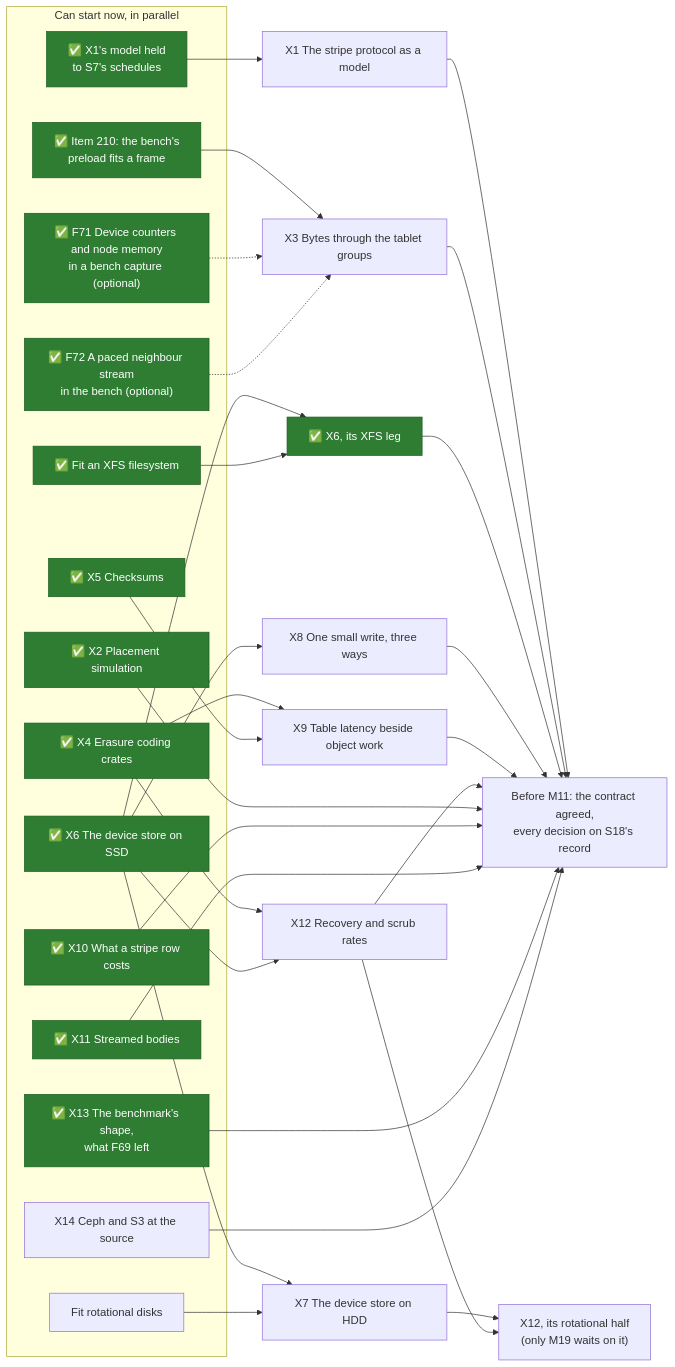
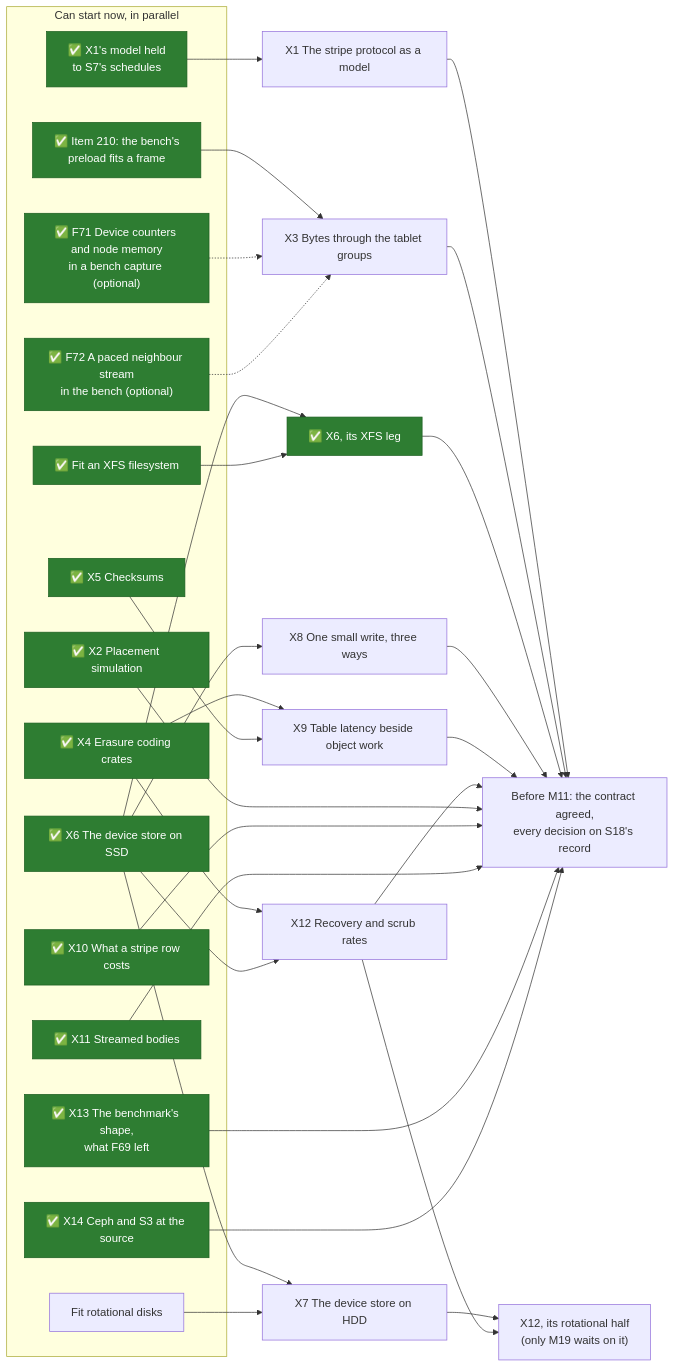
One commit to mjcarson/shoal changed the first of 2 diagrams in docs/src/object-storage/whats-left-todo.md. Above: the diagram before and after it, drawn with Mermaid. The commit also changed other lines of this file and 38 other files, not shown here.

````diff
--- a/docs/src/object-storage/whats-left-todo.md
+++ b/docs/src/object-storage/whats-left-todo.md
@@ -28,56 +28,56 @@
 ```mermaid
 flowchart LR
     classDef done fill:#2e7d32,stroke:#1b5e20,color:#ffffff
     classDef optional stroke-dasharray: 5 5
     subgraph now["Can start now, in parallel"]
         R1["✅ X1's model held<br>to S7's schedules"]:::done
         R2["✅ Item 210: the bench's<br>preload fits a frame"]:::done
         XFS["✅ Fit an XFS filesystem"]:::done
         Disks["Fit rotational disks"]
         X2["✅ X2 Placement simulation"]:::done
         X4["✅ X4 Erasure coding crates"]:::done
         X5["✅ X5 Checksums"]:::done
         X6["✅ X6 The device store on SSD"]:::done
         X10["✅ X10 What a stripe row costs"]:::done
         X11["✅ X11 Streamed bodies"]:::done
         X13["✅ X13 The benchmark's shape,<br>what F69 left"]:::done
-        X14["X14 Ceph and S3 at the source"]
+        X14["✅ X14 Ceph and S3 at the source"]:::done
         Counters["✅ F71 Device counters and node memory<br>in a bench capture (optional)"]:::done
         Neighbour["✅ F72 A paced neighbour stream<br>in the bench (optional)"]:::done
     end
     X1["X1 The stripe protocol as a model"]
     X3["X3 Bytes through the tablet groups"]
     X6x["✅ X6, its XFS leg"]:::done
     X7["X7 The device store on HDD"]
     X8["X8 One small write, three ways"]
     X9["X9 Table latency beside object work"]
     X12["X12 Recovery and scrub rates"]
     X12r["X12, its rotational half<br>(only M19 waits on it)"]
     Gate["Before M11: the contract agreed,<br>every decision on S18's record"]
     R1 --> X1
     R2 --> X3
     X6 --> X6x
     XFS --> X6x
     X6 --> X7
     Disks --> X7
     X6 --> X8
     X4 --> X9
     X5 --> X9
     X4 --> X12
     X6 --> X12
     X7 --> X12r
     X12 --> X12r
     Counters -.-> X3
     Neighbour -.-> X3
     X1 --> Gate
     X3 --> Gate
     X6x --> Gate
     X8 --> Gate
     X9 --> Gate
     X12 --> Gate
     X2 ---> Gate
     X10 ---> Gate
     X11 ---> Gate
     X13 ---> Gate
     X14 ---> Gate
 ```
````
